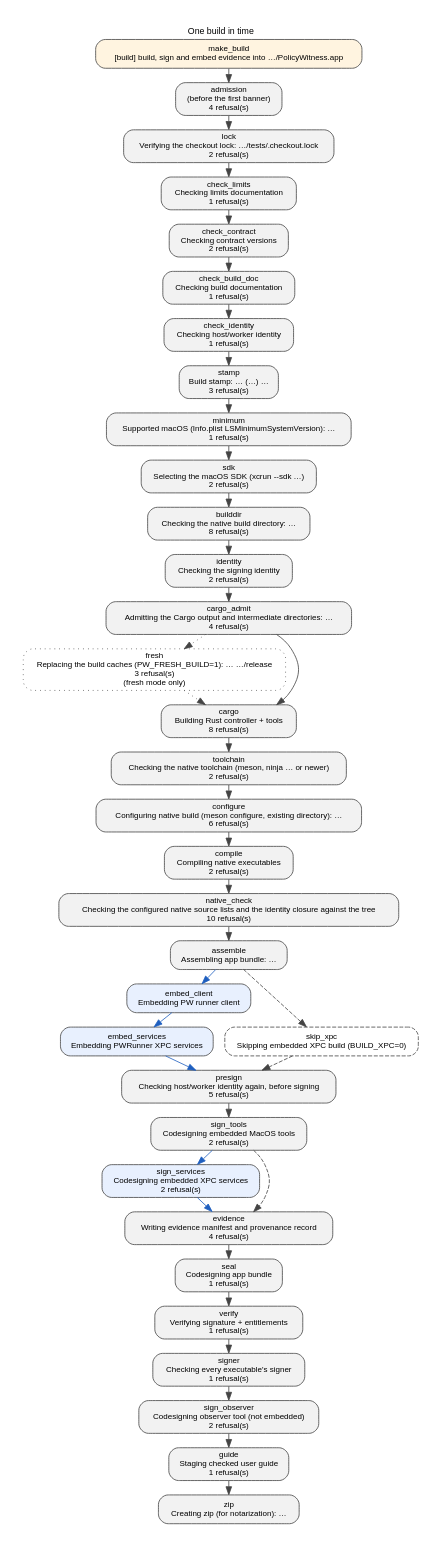
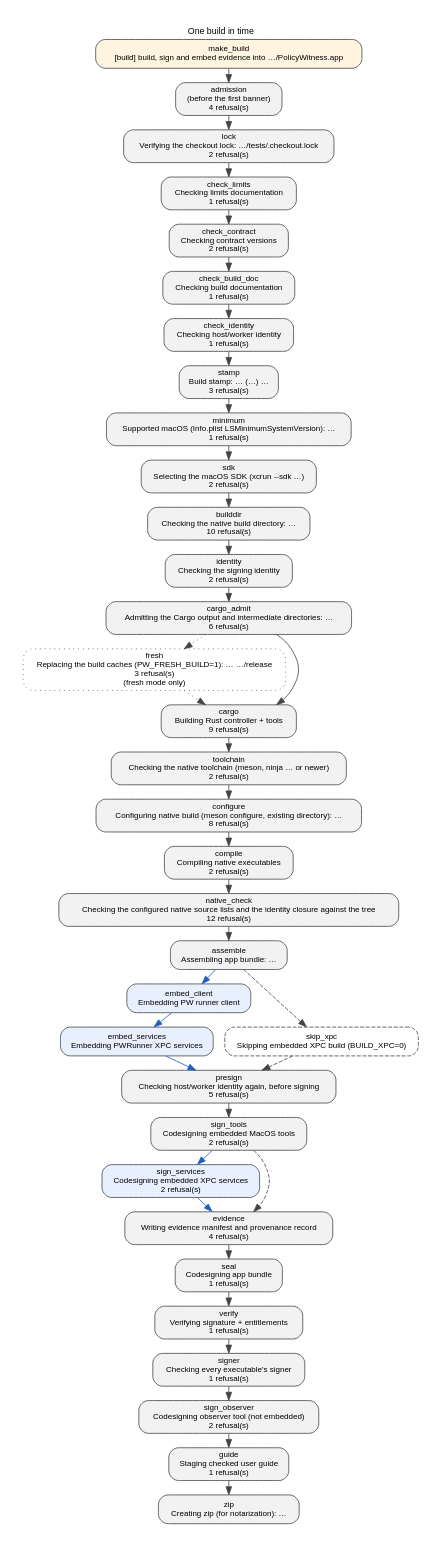
The diagram in docs/build-steps.dot (Protonk/PolicyWitness), drawn with Graphviz before and after one commit. The commit also changed 21 other files, not shown here.

```diff
--- a/docs/build-steps.dot
+++ b/docs/build-steps.dot
@@ -12,15 +12,15 @@
     stamp [label="stamp\nBuild stamp: … (…) …\n3 refusal(s)", URL="BUILD.md#one-build-in-time", tooltip="stamp: reads git describe, rev-parse and rev-list, or PW_VERSION and PW_BUILD_NUMBER from the environment; writes the four stamp variables for Cargo and the plists; after admitting builddir/, controller/target/, its release/ and the session destination, controller/target/ when it is missing and the build session file, opened with the stamp, the three knobs, the acquisition nonce and the owner's requests"];
     minimum [label="minimum\nSupported macOS (Info.plist LSMinimumSystemVersion): …\n1 refusal(s)", URL="BUILD.md#one-build-in-time", tooltip="minimum: reads LSMinimumSystemVersion in Info.plist; writes MACOSX_DEPLOYMENT_TARGET for Cargo"];
     sdk [label="sdk\nSelecting the macOS SDK (xcrun --sdk …)\n2 refusal(s)", URL="BUILD.md#one-build-in-time", tooltip="sdk: reads the SDK path and numeric version xcrun reports under DEVELOPER_DIR for the macosx default, or for the SDK a caller's SDKROOT names; writes SDKROOT for Cargo and Meson, resolved by xcrun, and the SDK version every shipped output must carry"];
-    builddir [label="builddir\nChecking the native build directory: …\n8 refusal(s)", URL="BUILD.md#one-build-in-time", tooltip="builddir: reads in incremental mode: builddir/meson-info/meson-info.json and builddir/pw-toolchain.json when the directory is configured, and the stamped SDK, developer directory, compiler commands and Rust compiler probed now; in fresh mode nothing, since the directory is replaced; writes the toolchain observation into the build session"];
+    builddir [label="builddir\nChecking the native build directory: …\n10 refusal(s)", URL="BUILD.md#one-build-in-time", tooltip="builddir: reads in incremental mode: builddir/meson-info/meson-info.json and builddir/pw-toolchain.json when the directory is configured, and the stamped SDK, developer directory, compiler commands and Rust compiler probed now; in fresh mode nothing, since the directory is replaced; writes the toolchain observation into the build session"];
     identity [label="identity\nChecking the signing identity\n2 refusal(s)", URL="BUILD.md#one-build-in-time", tooltip="identity: reads IDENTITY and the keychain listing; the knobs, for Meson's options and RUSTFLAGS; writes RUSTFLAGS, when inspection is on and it was unset or empty, and the record of who set it"];
-    cargo_admit [label="cargo_admit\nAdmitting the Cargo output and intermediate directories: …\n4 refusal(s)", URL="BUILD.md#one-build-in-time", tooltip="cargo_admit: reads cargo metadata's report of the target and build directories under the pinned target directory, with the caller's Cargo environment and configuration; writes the admission into the build session"];
+    cargo_admit [label="cargo_admit\nAdmitting the Cargo output and intermediate directories: …\n6 refusal(s)", URL="BUILD.md#one-build-in-time", tooltip="cargo_admit: reads Cargo's configuration as one invocation from this directory reads it: `.cargo/config` or `config.toml` here, in each ancestor and in Cargo home, with their includes, merged by Cargo's precedence; the environment overrides; the launcher (a rustup proxy and the toolchain it resolves); and cargo metadata's report of the target and build directories under the pinned target directory; writes the compiler and wrapper selection with its sources, the `[env]` entries and whether each applied, the compiler's inputs in Cargo's child environment, the requested Rust flags by precedence and the admission, into the build session"];
     fresh [label="fresh\nReplacing the build caches (PW_FRESH_BUILD=1): … …/release\n3 refusal(s)\n(fresh mode only)", URL="BUILD.md#one-build-in-time", tooltip="fresh: reads builddir/ and controller/target/release/, admitted again with every component below the checkout a real directory of this user, or absent, both before either is removed, and rechecked before each removal; writes removes both directories through their admitted descriptors; records each one's replacement in the build session; nothing else is removed", style="rounded,dotted", fillcolor="#fdf2f2"];
-    cargo [label="cargo\nBuilding Rust controller + tools\n8 refusal(s)", URL="BUILD.md#one-build-in-time", tooltip="cargo: reads cargo on PATH with its configuration, caches and registries; controller/ sources, the stamp variables, MACOSX_DEPLOYMENT_TARGET, SDKROOT and RUSTFLAGS; the artifact paths and per-target reuse judgments Cargo reports, and Cargo's fingerprint for each shipped target; writes controller/target/release/ under the pinned output directory, the messages file Cargo reports its artifacts in, and the judgments into the build session"];
+    cargo [label="cargo\nBuilding Rust controller + tools\n9 refusal(s)", URL="BUILD.md#one-build-in-time", tooltip="cargo: reads cargo on PATH with its configuration, caches and registries; controller/ sources, the stamp variables, MACOSX_DEPLOYMENT_TARGET, SDKROOT and RUSTFLAGS; the artifact paths and per-target reuse judgments Cargo reports, each a literal boolean bound to the shipped target, a profile and the admitted executable, and Cargo's fingerprint for each shipped target; writes controller/target/release/ under the pinned output directory, the messages file Cargo reports its artifacts in, and the judgments into the build session"];
     toolchain [label="toolchain\nChecking the native toolchain (meson, ninja … or newer)\n2 refusal(s)", URL="BUILD.md#one-build-in-time", tooltip="toolchain: reads meson and ninja on PATH and ninja's version; writes nothing"];
-    configure [label="configure\nConfiguring native build (meson configure, existing directory): …\n6 refusal(s)", URL="BUILD.md#one-build-in-time", tooltip="configure: reads whether builddir/build.ninja exists, meson.build, meson.options and the two Meson options; a fresh setup also reads CFLAGS and the other flag variables, and the compilers Meson selected; writes builddir/ configuration; a fresh setup publishes builddir/pw-toolchain.json atomically from the selected compilers, SDK and Rust compiler; meson configure records the two options and the policy assertions run at setup or at the regeneration the next compile triggers"];
+    configure [label="configure\nConfiguring native build (meson configure, existing directory): …\n8 refusal(s)", URL="BUILD.md#one-build-in-time", tooltip="configure: reads whether builddir/build.ninja exists, meson.build, meson.options and the two Meson options; a fresh setup also reads CFLAGS and the other flag variables, and the compilers Meson selected; writes builddir/ configuration; a fresh setup publishes builddir/pw-toolchain.json atomically from the selected compilers, SDK and Rust compiler; meson configure records the two options and the policy assertions run at setup or at the regeneration the next compile triggers"];
     compile [label="compile\nCompiling native executables\n2 refusal(s)", URL="BUILD.md#one-build-in-time", tooltip="compile: reads the native sources through builddir/; a changed option triggers regeneration, which runs the policy assertions first; writes builddir/ outputs and the Swift module cache under it"];
-    native_check [label="native_check\nChecking the configured native source lists and the identity closure against the tree\n10 refusal(s)", URL="BUILD.md#one-build-in-time", tooltip="native_check: reads Meson's introspection of builddir/, Ninja's dependency log, the identity inputs, the stamp and the compilers the directory records, and every shipped output's load commands; writes builddir/pw-toolchain.json extended with the Swift compiler a reused directory discovered when this build enabled the XPC pieces, atomically and without changing another field; the toolchain, option and SDK observations into the build session"];
+    native_check [label="native_check\nChecking the configured native source lists and the identity closure against the tree\n12 refusal(s)", URL="BUILD.md#one-build-in-time", tooltip="native_check: reads Meson's introspection of builddir/, Ninja's dependency log, the identity inputs, the stamp and the compilers the directory records, and every shipped output's load commands; writes builddir/pw-toolchain.json extended with the Swift compiler a reused directory discovered when this build enabled the XPC pieces, atomically and without changing another field; the toolchain, option and SDK observations into the build session"];
     assemble [label="assemble\nAssembling app bundle: …", URL="BUILD.md#one-build-in-time", tooltip="assemble: reads Info.plist, the three Rust outputs, runner/augments/, dist/README.md and dist/AGENTS.md, all admitted before the first check; writes the two documents under DIST_DIR; removes the previous app, ZIP and guide; the stamped Info.plist, the three Rust executables and the augments under the new app"];
     embed_client [label="embed_client\nEmbedding PW runner client", URL="BUILD.md#one-build-in-time", tooltip="embed_client: reads builddir/pw-runner-client; writes Contents/MacOS/pw-runner-client and its dSYM in inspection builds", fillcolor="#e8f0fe"];
     embed_services [label="embed_services\nEmbedding PWRunner XPC services", URL="BUILD.md#one-build-in-time", tooltip="embed_services: reads each service's Info.plist and builddir/ host, the worker, validator and issuer; writes each service bundle: its stamped Info.plist, the host with its dSYM in inspection builds, the worker, validator and issuer", fillcolor="#e8f0fe"];
```
